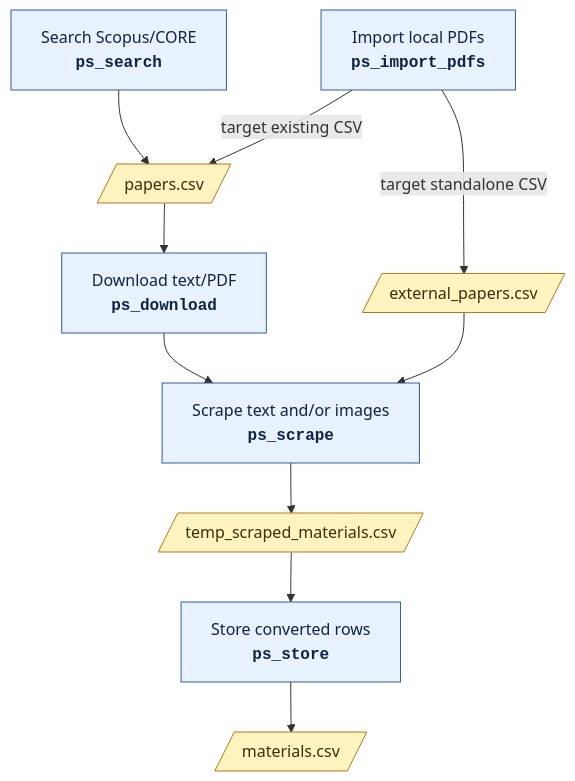
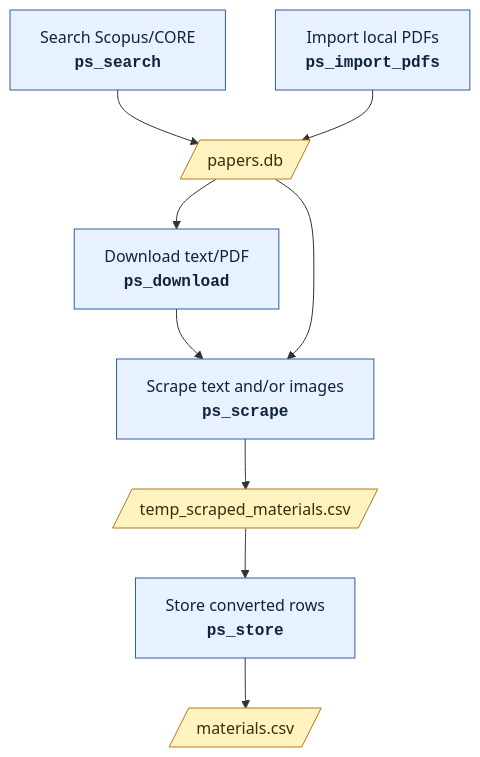
One commit to SMTG-Bham/PaperMinerToolkit changed the diagram in README.md. Above: the diagram before and after it, drawn with Mermaid. The commit also changed other lines of this file and 9 other files, not shown here.

````diff
--- a/README.md
+++ b/README.md
@@ -32,17 +32,16 @@
 ```mermaid
 flowchart TD
-    A["Search Scopus/CORE<br/><b><code>ps_search</code></b>"] --> B[/"papers.csv"/]
-    C["Import local PDFs<br/><b><code>ps_import_pdfs</code></b>"] -->|"target existing CSV"| B
-    C -->|"target standalone CSV"| D[/"external_papers.csv"/]
+    A["Search Scopus/CORE<br/><b><code>ps_search</code></b>"] --> B[/"papers.db"/]
+    C["Import local PDFs<br/><b><code>ps_import_pdfs</code></b>"] --> B
     B --> E["Download text/PDF<br/><b><code>ps_download</code></b>"]
     E --> F["Scrape text and/or images<br/><b><code>ps_scrape</code></b>"]
-    D --> F
+    B --> F
     F --> G[/"temp_scraped_materials.csv"/]
     G --> H["Store converted rows<br/><b><code>ps_store</code></b>"]
     H --> I[/"materials.csv"/]
 
     classDef action fill:#e8f1ff,stroke:#2f5f9f,color:#10233f
     classDef file fill:#fff3bf,stroke:#b7791f,color:#3b2f0b
     class A,C,E,F,H action
-    class B,D,G,I file
+    class B,G,I file
 ```
````
